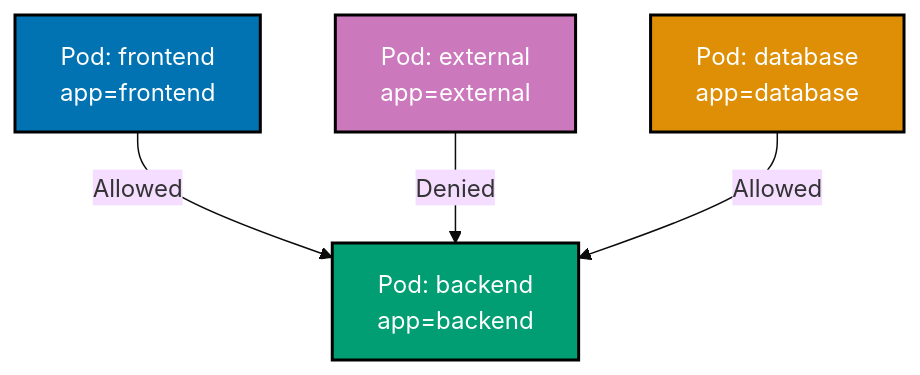
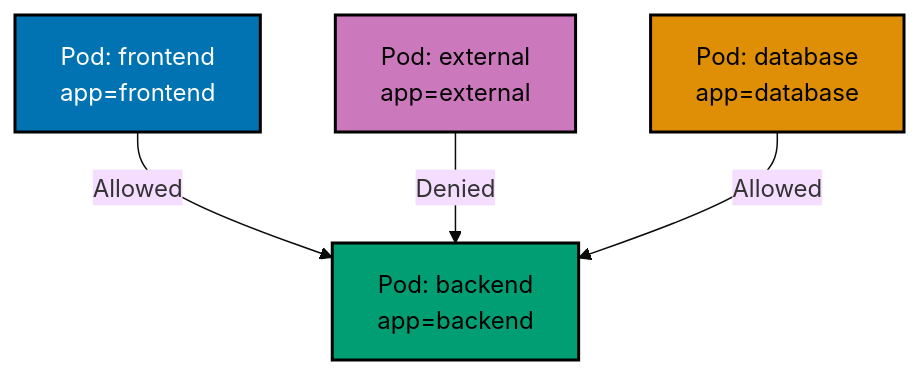
One commit to wahidyankf/ose-public changed the second of 14 diagrams in apps/ayokoding-www/content/en/learn/legacy/software-engineering/infrastructure/tools/kubernetes/by-example/advanced.md. Above: the diagram before and after it, drawn with Mermaid (base theme). The commit also changed other lines of this file and 131 other files, not shown here.

First line of the commit message:
fix(mermaid): bring the legacy data, infrastructure, and testing diagrams onto the accessible palette

````diff
--- a/apps/ayokoding-www/content/en/learn/legacy/software-engineering/infrastructure/tools/kubernetes/by-example/advanced.md
+++ b/apps/ayokoding-www/content/en/learn/legacy/software-engineering/infrastructure/tools/kubernetes/by-example/advanced.md
@@ -961,13 +969,20 @@
 ```mermaid
 %% Color Palette: Blue #0173B2, Orange #DE8F05, Teal #029E73, Purple #CC78BC, Brown #CA9161
 %% NetworkPolicy traffic control
 graph TD
+ accTitle: Example 64: Basic Network Policy
+ accDescr: Graph with 4 nodes and 3 connections. Nodes: Pod: frontend app=frontend, Pod: backend app=backend, Pod: external app=external, Pod: database app=database. Connections: Pod: frontend app=frontend to Pod: backend app=backend (Allowed), Pod: external app=external to Pod: backend app=backend (Denied), Pod: database app=database to Pod: backend app=backend (Allowed).
  A[Pod: frontend<br/>app=frontend] -->|Allowed| B[Pod: backend<br/>app=backend]
  C[Pod: external<br/>app=external] -->|Denied| B
  D[Pod: database<br/>app=database] -->|Allowed| B
 
- style A fill:#0173B2,stroke:#000000,stroke-width:2px,color:#fff
- style B fill:#029E73,stroke:#000000,stroke-width:2px,color:#fff
- style C fill:#CC78BC,stroke:#000000,stroke-width:2px,color:#fff
- style D fill:#DE8F05,stroke:#000000,stroke-width:2px,color:#fff
+ classDef pal-0173B2 fill:#0173B2,stroke:#000000,color:#FFFFFF,stroke-width:2px
+ class A pal-0173B2
+ classDef pal-029E73 fill:#029E73,stroke:#000000,color:#000000,stroke-width:2px
+ class B pal-029E73
+ classDef pal-CC78BC fill:#CC78BC,stroke:#000000,color:#000000,stroke-width:2px
+ class C pal-CC78BC
+ classDef pal-DE8F05 fill:#DE8F05,stroke:#000000,color:#000000,stroke-width:2px
+ class D pal-DE8F05
+ classDef default fill:#FFFFFF,stroke:#000000,color:#000000
 ```
````
